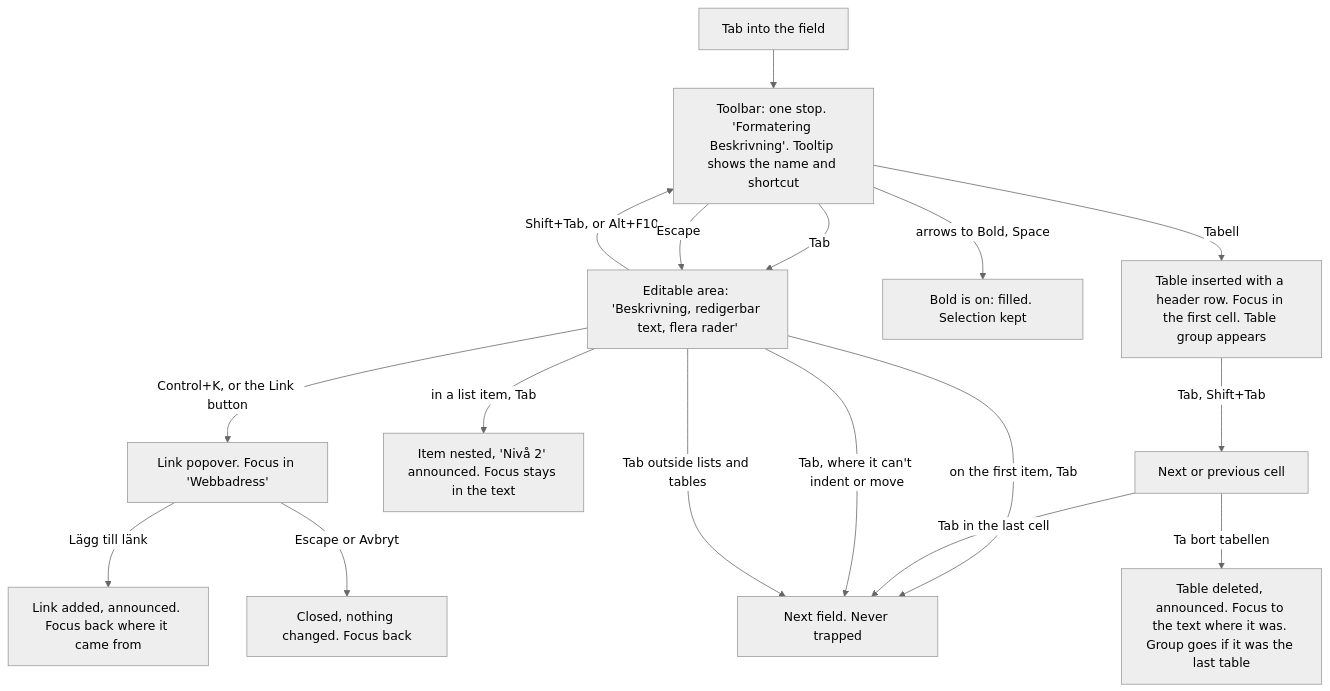
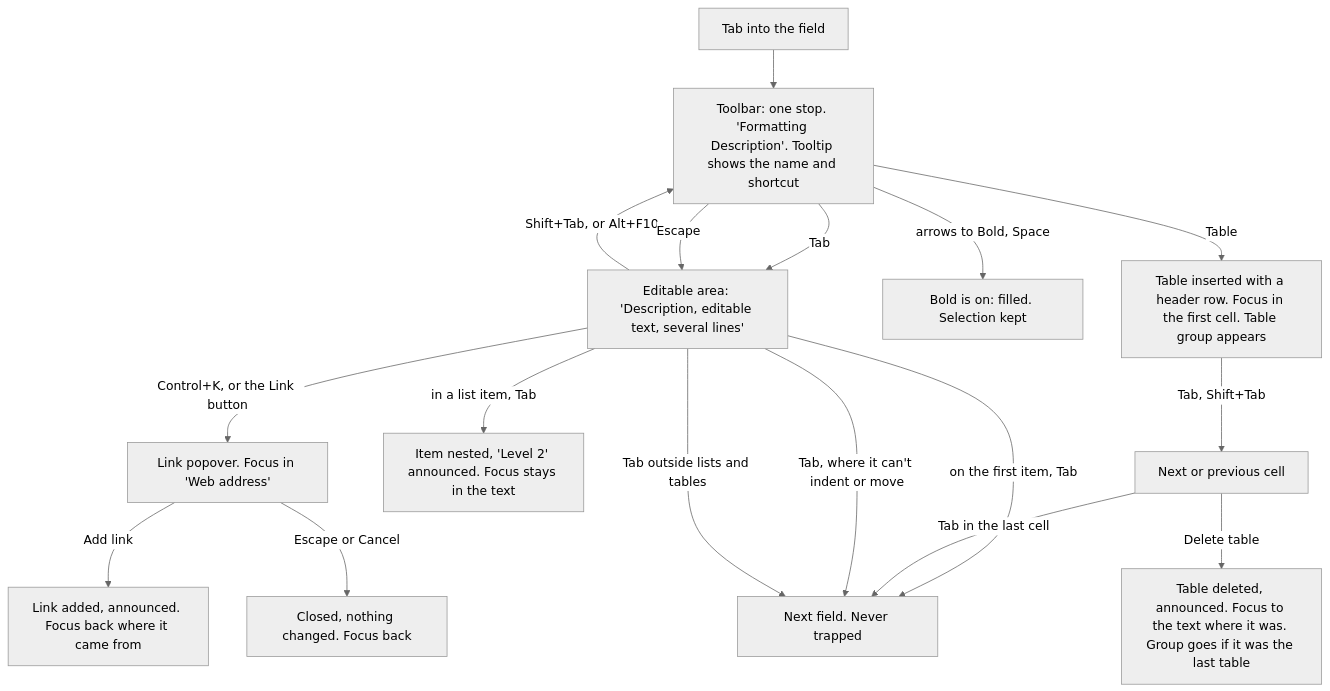
One commit to kvirn/ui changed the second of 2 diagrams in docs/design/rich-text-editor.md. Above: the diagram before and after it, drawn with Mermaid (neutral theme). The commit also changed other lines of this file and 439 other files, not shown here.

````diff
--- a/docs/design/rich-text-editor.md
+++ b/docs/design/rich-text-editor.md
@@ -118,19 +118,19 @@
 ```mermaid
 flowchart TD
-  tab[Tab into the field] --> toolbar[Toolbar: one stop. 'Formatering Beskrivning'. Tooltip shows the name and shortcut]
-  toolbar -->|Tab| content[Editable area: 'Beskrivning, redigerbar text, flera rader']
+  tab[Tab into the field] --> toolbar[Toolbar: one stop. 'Formatting Description'. Tooltip shows the name and shortcut]
+  toolbar -->|Tab| content[Editable area: 'Description, editable text, several lines']
   content -->|Shift+Tab, or Alt+F10| toolbar
   toolbar -->|Escape| content
   toolbar -->|arrows to Bold, Space| bold[Bold is on: filled. Selection kept]
-  content -->|Control+K, or the Link button| linkpop[Link popover. Focus in 'Webbadress']
-  linkpop -->|Lägg till länk| linkdone[Link added, announced. Focus back where it came from]
-  linkpop -->|Escape or Avbryt| linkcancel[Closed, nothing changed. Focus back]
-  content -->|in a list item, Tab| indent[Item nested, 'Nivå 2' announced. Focus stays in the text]
+  content -->|Control+K, or the Link button| linkpop[Link popover. Focus in 'Web address']
+  linkpop -->|Add link| linkdone[Link added, announced. Focus back where it came from]
+  linkpop -->|Escape or Cancel| linkcancel[Closed, nothing changed. Focus back]
+  content -->|in a list item, Tab| indent[Item nested, 'Level 2' announced. Focus stays in the text]
   content -->|on the first item, Tab| out
-  toolbar -->|Tabell| tableins[Table inserted with a header row. Focus in the first cell. Table group appears]
+  toolbar -->|Table| tableins[Table inserted with a header row. Focus in the first cell. Table group appears]
   tableins -->|Tab, Shift+Tab| cells[Next or previous cell]
   cells -->|Tab in the last cell| out
-  cells -->|Ta bort tabellen| tabledel[Table deleted, announced. Focus to the text where it was. Group goes if it was the last table]
+  cells -->|Delete table| tabledel[Table deleted, announced. Focus to the text where it was. Group goes if it was the last table]
   content -->|Tab, where it can't indent or move| out[Next field. Never trapped]
   content -->|Tab outside lists and tables| out
 ```
````
